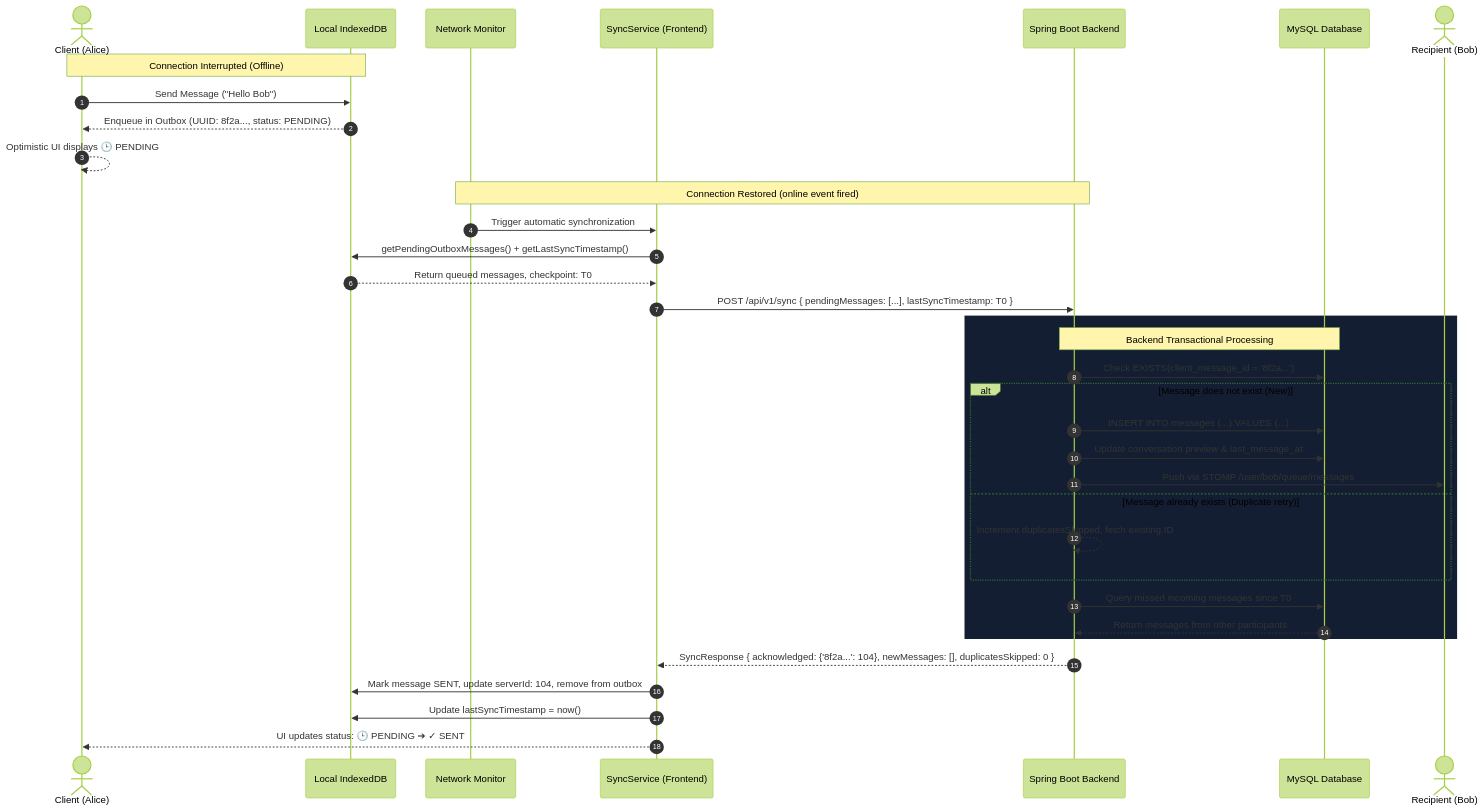
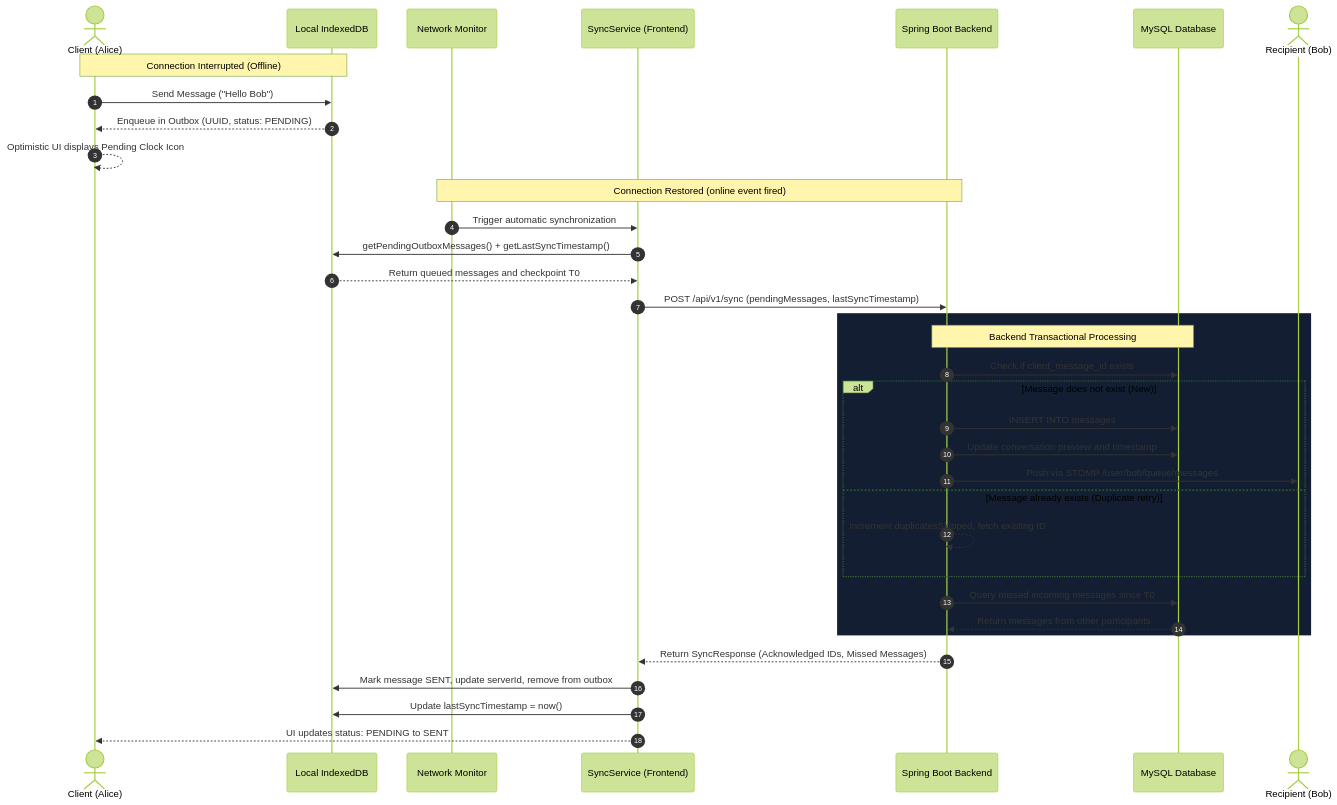
One commit to Aman5ingh19/PulseChat-Enterprise-Offline-First-Real-Time-Chat-Platform changed the second of 2 diagrams in README.md. Above: the diagram before and after it, drawn with Mermaid (forest theme). The commit also changed other lines of this file, not shown here.

Commit message:
fix(docs): escape Mermaid parentheses and syntax for GitHub markdown renderer

````diff
--- a/README.md
+++ b/README.md
@@ -91,42 +91,42 @@
 ```mermaid
 sequenceDiagram
     autonumber
     actor User as Client (Alice)
     participant IDB as Local IndexedDB
     participant Net as Network Monitor
     participant Sync as SyncService (Frontend)
     participant Server as Spring Boot Backend
     participant DB as MySQL Database
     actor Bob as Recipient (Bob)
 
     Note over User,IDB: Connection Interrupted (Offline)
     User->>IDB: Send Message ("Hello Bob")
-    IDB-->>User: Enqueue in Outbox (UUID: 8f2a..., status: PENDING)
-    User-->>User: Optimistic UI displays 🕒 PENDING
+    IDB-->>User: Enqueue in Outbox (UUID, status: PENDING)
+    User-->>User: Optimistic UI displays Pending Clock Icon
 
     Note over Net,Server: Connection Restored (online event fired)
     Net->>Sync: Trigger automatic synchronization
     Sync->>IDB: getPendingOutboxMessages() + getLastSyncTimestamp()
-    IDB-->>Sync: Return queued messages, checkpoint: T0
+    IDB-->>Sync: Return queued messages and checkpoint T0
 
-    Sync->>Server: POST /api/v1/sync { pendingMessages: [...], lastSyncTimestamp: T0 }
+    Sync->>Server: POST /api/v1/sync (pendingMessages, lastSyncTimestamp)
     
     rect rgb(20, 30, 50)
         Note over Server,DB: Backend Transactional Processing
-        Server->>DB: Check EXISTS(client_message_id = '8f2a...')
+        Server->>DB: Check if client_message_id exists
         alt Message does not exist (New)
-            Server->>DB: INSERT INTO messages (...) VALUES (...)
-            Server->>DB: Update conversation preview & last_message_at
+            Server->>DB: INSERT INTO messages
+            Server->>DB: Update conversation preview and timestamp
             Server->>Bob: Push via STOMP /user/bob/queue/messages
         else Message already exists (Duplicate retry)
             Server-->>Server: Increment duplicatesSkipped, fetch existing ID
         end
         Server->>DB: Query missed incoming messages since T0
         DB-->>Server: Return messages from other participants
     end
 
-    Server-->>Sync: SyncResponse { acknowledged: {'8f2a...': 104}, newMessages: [], duplicatesSkipped: 0 }
-    Sync->>IDB: Mark message SENT, update serverId: 104, remove from outbox
+    Server-->>Sync: Return SyncResponse (Acknowledged IDs, Missed Messages)
+    Sync->>IDB: Mark message SENT, update serverId, remove from outbox
     Sync->>IDB: Update lastSyncTimestamp = now()
-    Sync-->>User: UI updates status: 🕒 PENDING ➔ ✓ SENT
+    Sync-->>User: UI updates status: PENDING to SENT
 ```
````
